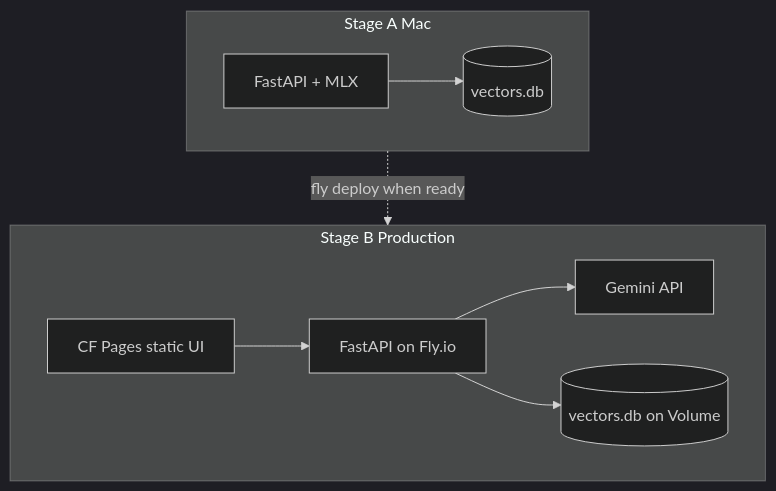
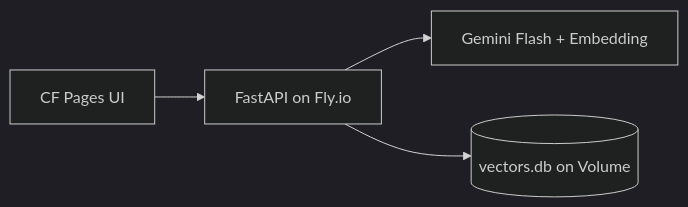
The second of 5 diagrams in plan.md (raymondworkshop/dev.research), drawn with Mermaid (dark theme) before and after one commit. The commit also changed other lines of this file and 15 other files, not shown here.

````diff
--- a/plan.md
+++ b/plan.md
@@ -127,20 +80,6 @@
 ```mermaid
-flowchart TB
-    subgraph local [Stage A Mac]
-        DevAPI[FastAPI + MLX]
-        LocalVDB[(vectors.db)]
-        DevAPI --> LocalVDB
-    end
-
-    subgraph prod [Stage B Production]
-        Pages[CF Pages static UI]
-        CloudAPI[FastAPI on Fly.io]
-        CloudLLM[Gemini API]
-        ProdVDB[(vectors.db on Volume)]
-        Pages --> CloudAPI
-        CloudAPI --> CloudLLM
-        CloudAPI --> ProdVDB
-    end
-
-    local -.->|fly deploy when ready| prod
+flowchart LR
+    Pages[CF Pages UI] --> FlyAPI[FastAPI on Fly.io]
+    FlyAPI --> Gemini[Gemini Flash + Embedding]
+    FlyAPI --> ProdVDB[(vectors.db on Volume)]
 ```
````
